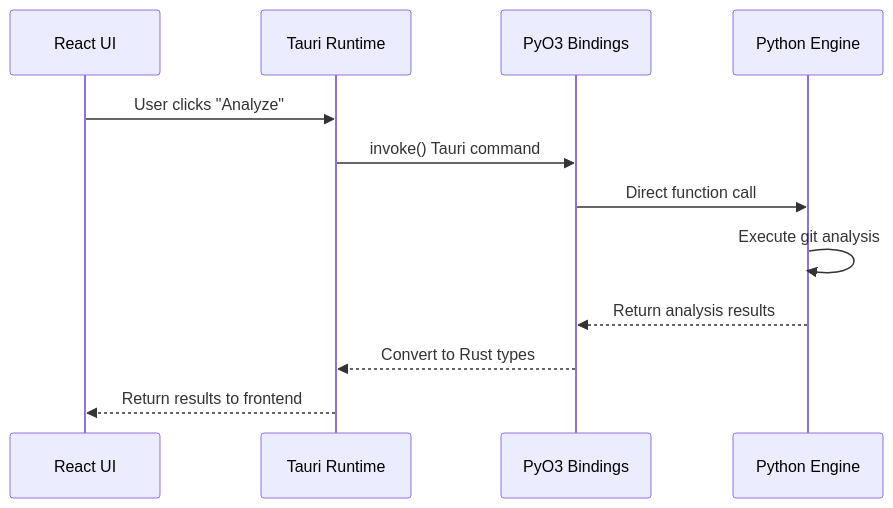
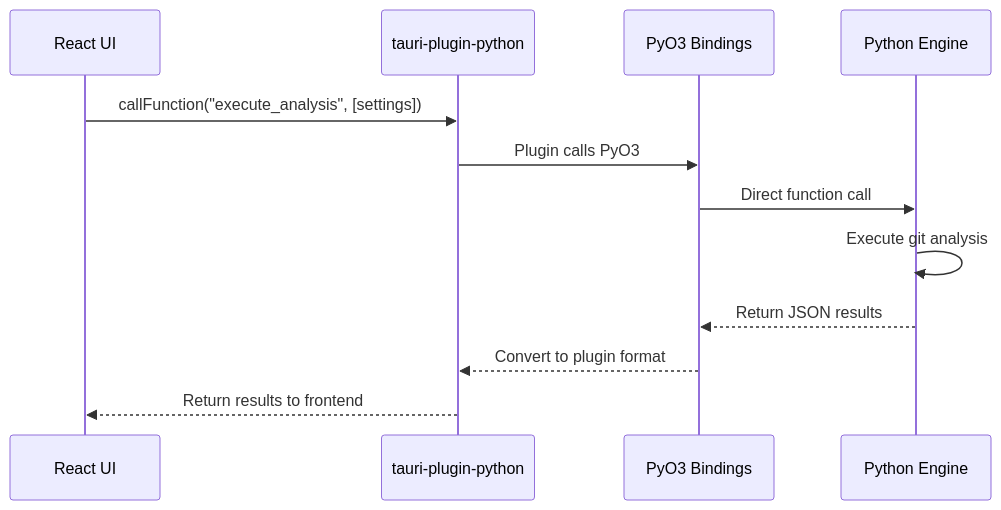
One commit to boost-edu-tools/gitinspectorgui changed the second of 4 diagrams in docs/architecture/overview.md. Above: the diagram before and after it, drawn with Mermaid. The commit also changed other lines of this file and 2 other files, not shown here.

First line of the commit message:
docs: migrate documentation from PyO3 to tauri-plugin-python architecture

````diff
--- a/docs/architecture/overview.md
+++ b/docs/architecture/overview.md
@@ -78,15 +83,15 @@
 ```mermaid
 sequenceDiagram
     participant UI as React UI
-    participant Tauri as Tauri Runtime
+    participant Plugin as tauri-plugin-python
     participant PyO3 as PyO3 Bindings
     participant Python as Python Engine
 
-    UI->>Tauri: User clicks "Analyze"
-    Tauri->>PyO3: invoke() Tauri command
+    UI->>Plugin: callFunction("execute_analysis", [settings])
+    Plugin->>PyO3: Plugin calls PyO3
     PyO3->>Python: Direct function call
     Python->>Python: Execute git analysis
-    Python-->>PyO3: Return analysis results
-    PyO3-->>Tauri: Convert to Rust types
-    Tauri-->>UI: Return results to frontend
+    Python-->>PyO3: Return JSON results
+    PyO3-->>Plugin: Convert to plugin format
+    Plugin-->>UI: Return results to frontend
 ```
````
